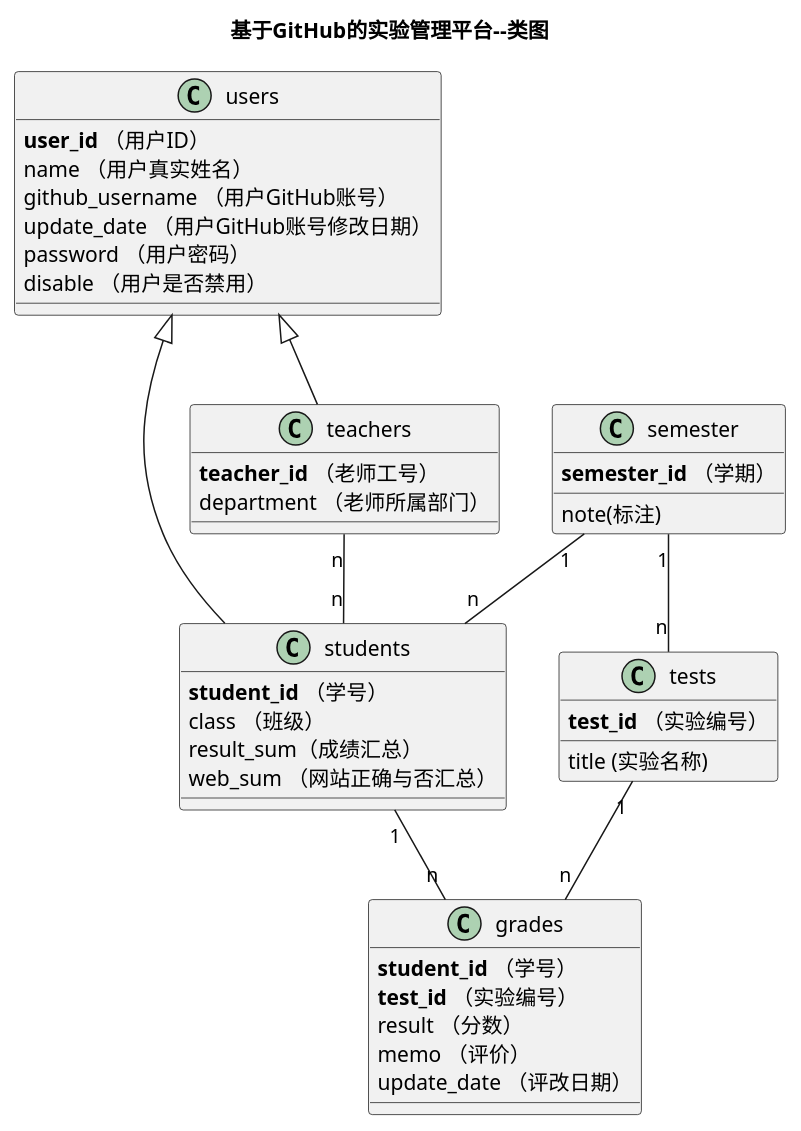
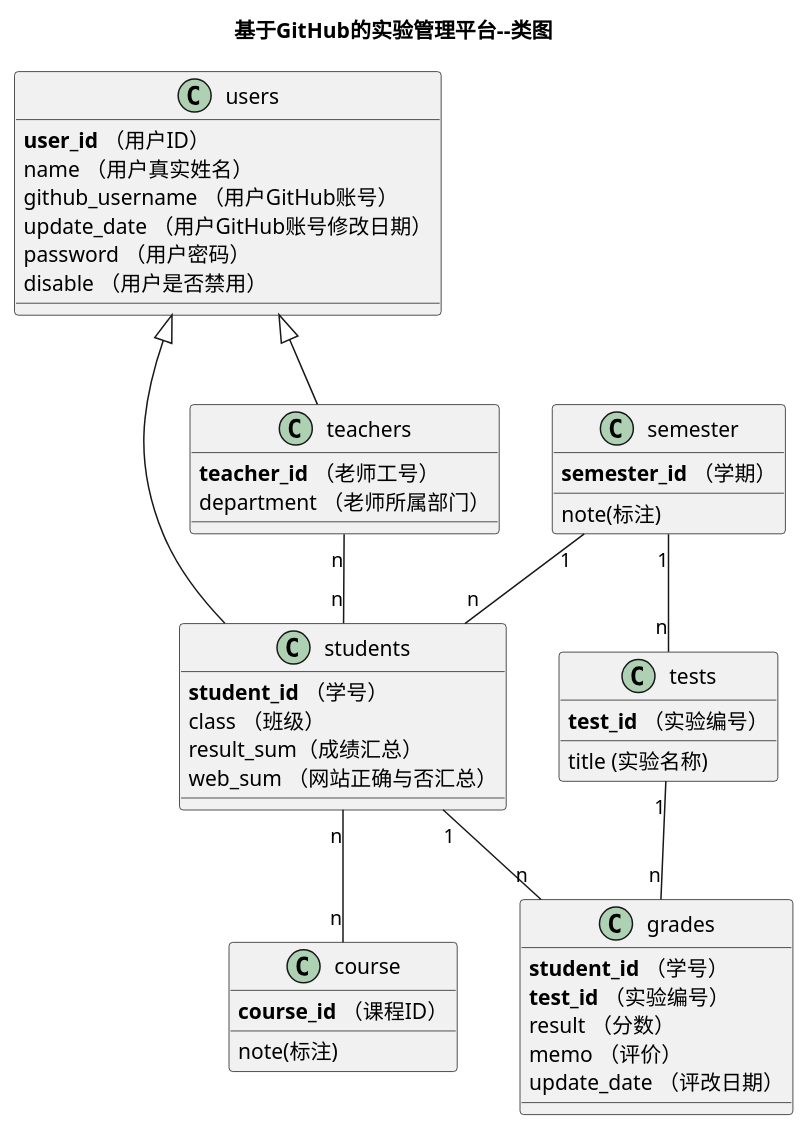
One commit to yimoqiuyi/is_analysis changed the diagram in test6/src/main/class.puml. Above: the diagram before and after it, drawn with PlantUML. The commit also changed 3 other files, not shown here.

```diff
--- a/test6/src/main/class.puml
+++ b/test6/src/main/class.puml
@@ -18,45 +18,49 @@
 @startuml
 title 基于GitHub的实验管理平台--类图
 class users {
     <b>user_id</b> （用户ID）
     name （用户真实姓名）
     github_username （用户GitHub账号）
     update_date （用户GitHub账号修改日期）
     password （用户密码）
     disable （用户是否禁用）
 }
 class teachers{
     <b>teacher_id</b> （老师工号）
     department （老师所属部门）
 }
 class students{
     <b>student_id</b> （学号）
     class （班级）
     result_sum（成绩汇总）
     web_sum （网站正确与否汇总）
 }
 users <|- students
 users <|-- teachers
 class grades {
     <b>student_id</b> （学号）
     <b>test_id</b> （实验编号）
     result （分数）
     memo （评价）
     update_date （评改日期）
 }
 
 class tests {
     <b>test_id</b> （实验编号）
     title (实验名称)
 }
-
+class course{
+ <b>course_id</b> （课程ID）
+  note(标注)
+}
 class semester{
  <b>semester_id</b> （学期）
   note(标注)
 }
 students "1" -- "n"  grades
 tests "1" -- "n"  grades
 teachers "n" -- "n"  students
 semester "1" -- "n"  students
 semester "1" -- "n"  tests
+students "n" -- "n" course
 @enduml
```
